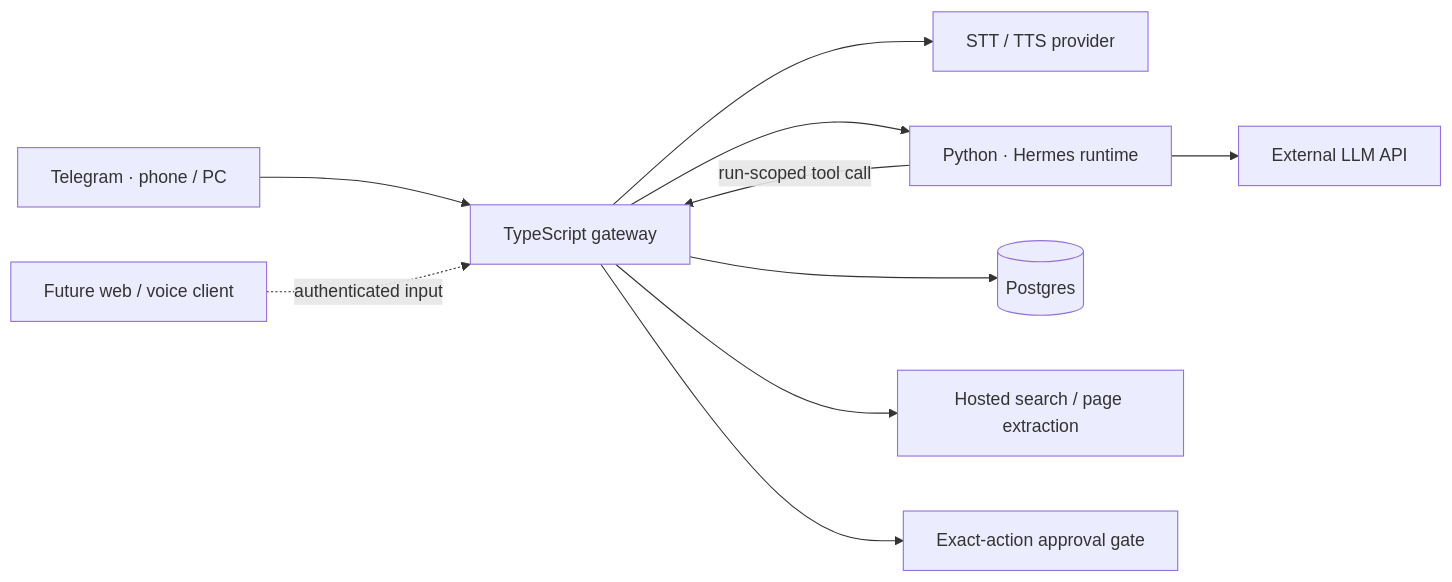
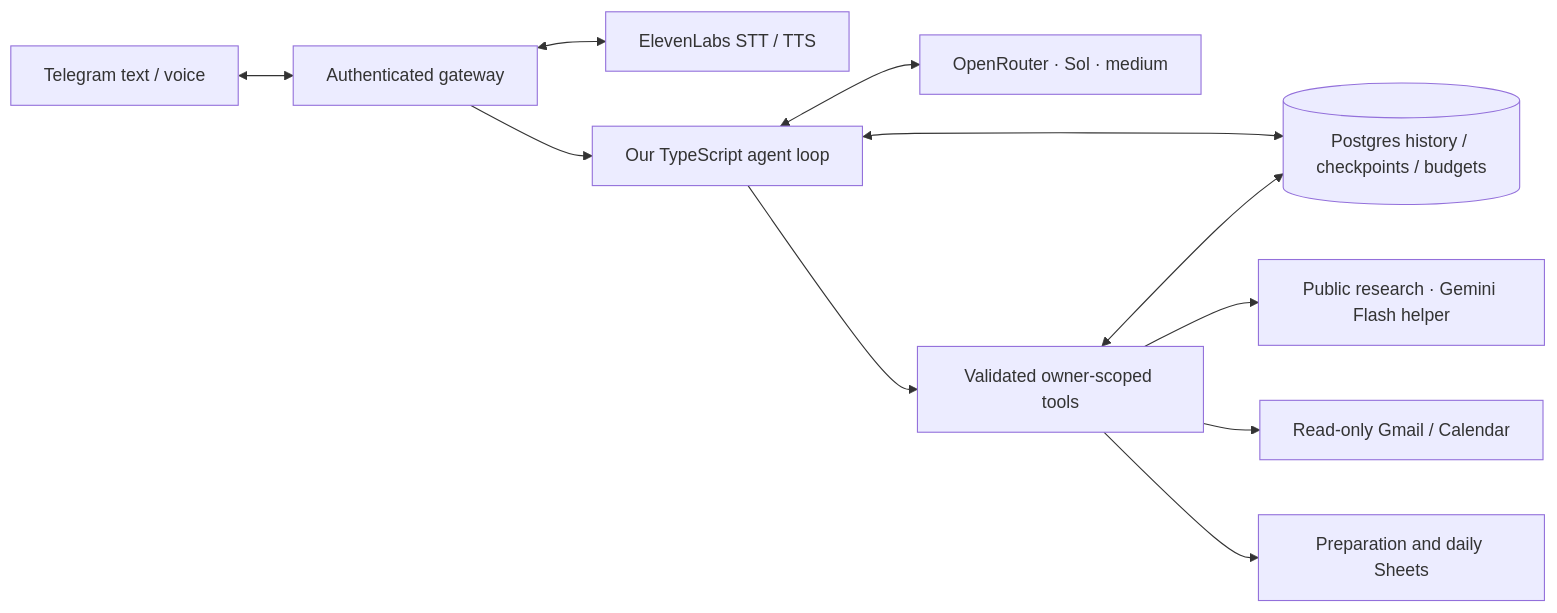
Before and after one commit to akhilvuputuri/chief-agent: the diagram in README.md, drawn with Mermaid. The commit also changed other lines of this file and 51 other files, not shown here.

Commit message:
Replace Hermes production bridge with owned TypeScript runtime

````diff
--- a/README.md
+++ b/README.md
@@ -34,12 +7,13 @@
 ```mermaid
 flowchart LR
-    T[Telegram · phone / PC] --> G[TypeScript gateway]
-    G --> V[STT / TTS provider]
-    G --> H[Python · Hermes runtime]
-    H --> L[External LLM API]
-    H -->|run-scoped tool call| G
-    G --> P[(Postgres)]
-    G --> W[Hosted search / page extraction]
-    G --> A[Exact-action approval gate]
-    F[Future web / voice client] -. authenticated input .-> G
+  T[Telegram text / voice] <--> G[Authenticated gateway]
+  G <--> V[ElevenLabs STT / TTS]
+  G --> A[Our TypeScript agent loop]
+  A <--> M[OpenRouter · Sol · medium]
+  A --> D[Validated owner-scoped tools]
+  A <--> P[(Postgres history / checkpoints / budgets)]
+  D <--> P
+  D --> W[Public research · Gemini Flash helper]
+  D --> R[Read-only Gmail / Calendar]
+  D --> S[Preparation and daily Sheets]
 ```
````
